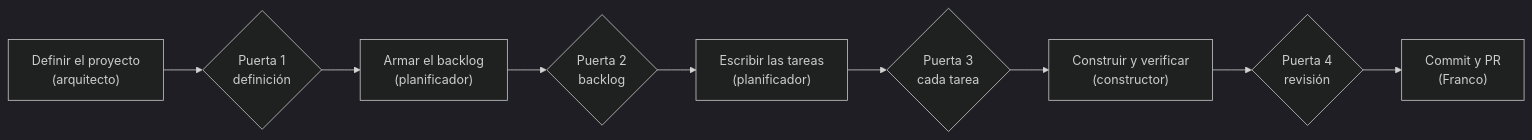
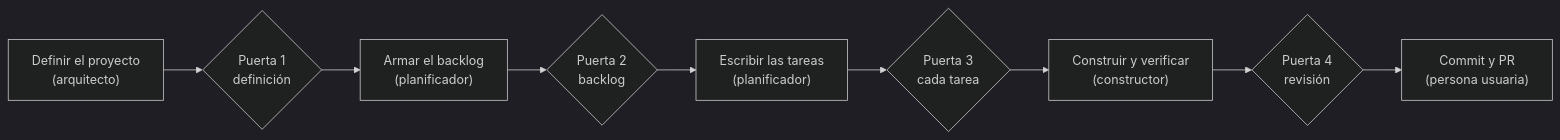
The first of 2 diagrams in old/v1/README.md (francolmc/Flucastr.AI), drawn with Mermaid (dark theme) before and after one commit. The commit also changed other lines of this file and 469 other files, not shown here.

````diff
--- a/old/v1/README.md
+++ b/old/v1/README.md
@@ -45,11 +48,11 @@
 ```mermaid
 flowchart LR
     D["Definir el proyecto<br/>(arquitecto)"] --> P1{"Puerta 1<br/>definición"}
     P1 --> B["Armar el backlog<br/>(planificador)"]
     B --> P2{"Puerta 2<br/>backlog"}
     P2 --> T["Escribir las tareas<br/>(planificador)"]
     T --> P3{"Puerta 3<br/>cada tarea"}
     P3 --> C["Construir y verificar<br/>(constructor)"]
     C --> P4{"Puerta 4<br/>revisión"}
-    P4 --> F["Commit y PR<br/>(Franco)"]
+    P4 --> F["Commit y PR<br/>(persona usuaria)"]
 ```
````
